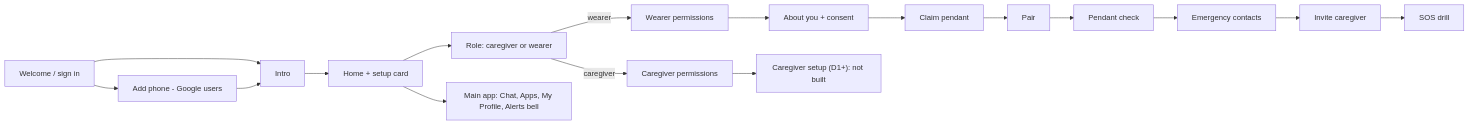
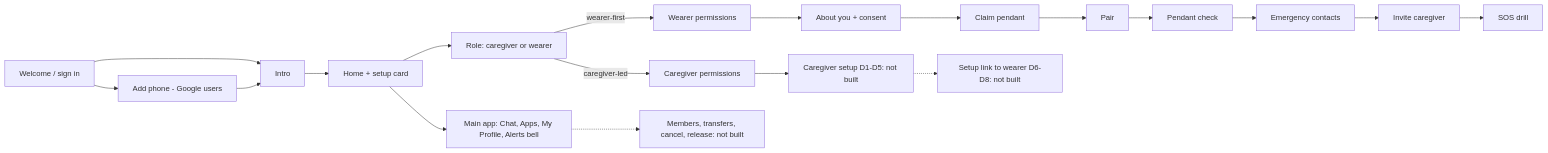
One commit to Svaraa-tech/Svaraa_Core changed the diagram in docs/development/02-features.md. Above: the diagram before and after it, drawn with Mermaid. The commit also changed other lines of this file and 4 other files, not shown here.

````diff
--- a/docs/development/02-features.md
+++ b/docs/development/02-features.md
@@ -16,13 +29,15 @@
 ```mermaid
 flowchart LR
   W[Welcome / sign in] --> AP[Add phone - Google users]
   W --> IN[Intro]
   AP --> IN
   IN --> H[Home + setup card]
   H --> R[Role: caregiver or wearer]
-  R -->|caregiver| CP[Caregiver permissions]
-  R -->|wearer| WP[Wearer permissions]
+  R -->|wearer-first| WP[Wearer permissions]
   WP --> AB[About you + consent] --> CL[Claim pendant] --> PA[Pair] --> CK[Pendant check] --> CT[Emergency contacts] --> IV[Invite caregiver] --> DR[SOS drill]
-  CP --> SET["Caregiver setup (D1+): not built"]
+  R -->|caregiver-led| CP[Caregiver permissions]
+  CP --> SET["Caregiver setup D1-D5: not built"]
+  SET -.-> LINK["Setup link to wearer D6-D8: not built"]
   H --> MAIN["Main app: Chat, Apps, My Profile, Alerts bell"]
+  MAIN -.-> MGMT["Members, transfers, cancel, release: not built"]
 ```
````
